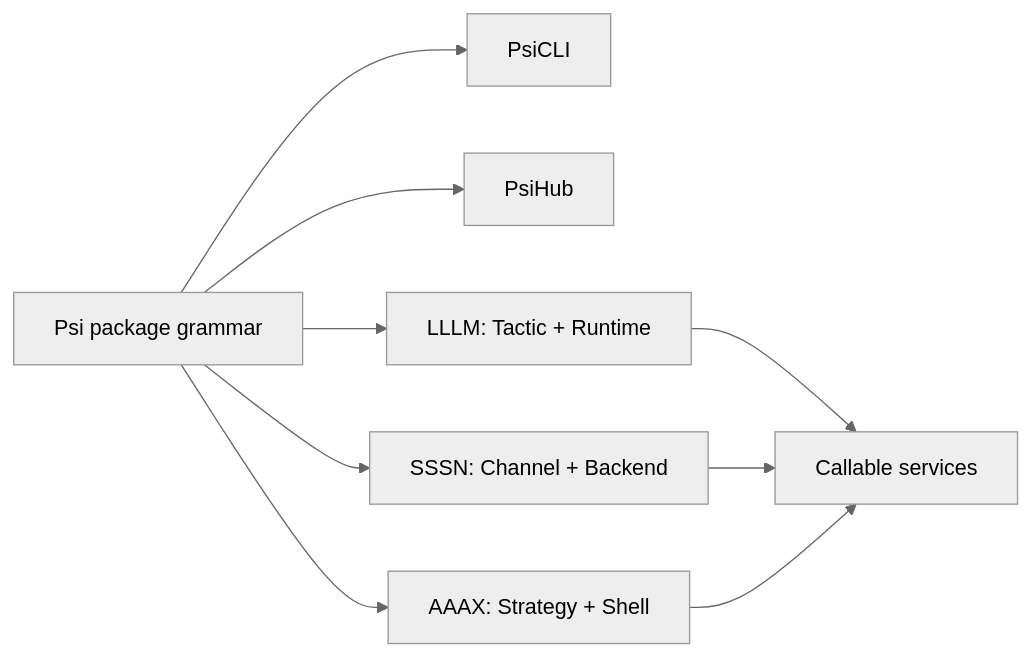
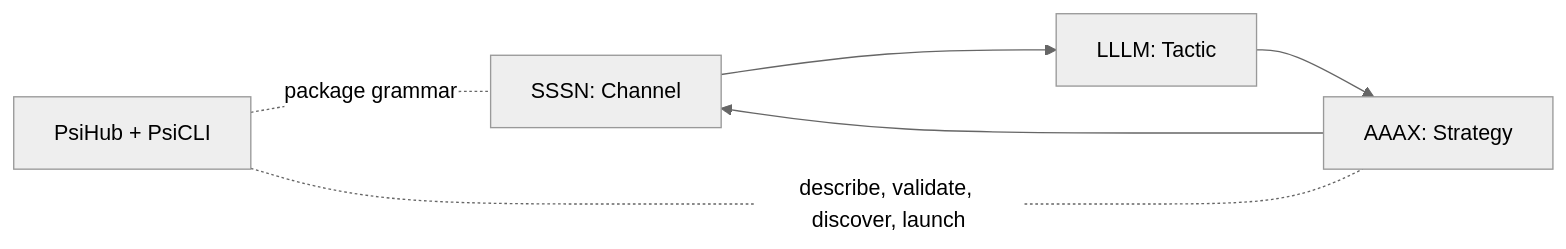
Before and after one commit to Productive-Superintelligence/docs: the diagram in psi_docs/index.md, drawn with Mermaid (neutral theme). The commit also changed other lines of this file and 23 other files, not shown here.

````diff
--- a/psi_docs/index.md
+++ b/psi_docs/index.md
@@ -38,11 +38,8 @@
 ```mermaid
 flowchart LR
-  P["Psi package grammar"] --> C["PsiCLI"]
-  P --> H["PsiHub"]
-  P --> L["LLLM: Tactic + Runtime"]
-  P --> S["SSSN: Channel + Backend"]
-  P --> A["AAAX: Strategy + Shell"]
-  L --> V["Callable services"]
-  S --> V
-  A --> V
+  S["SSSN: Channel"] --> L["LLLM: Tactic"]
+  L --> A["AAAX: Strategy"]
+  A --> S
+  P["PsiHub + PsiCLI"] -. "package grammar" .- S
+  P -. "describe, validate, discover, launch" .- A
 ```
````
